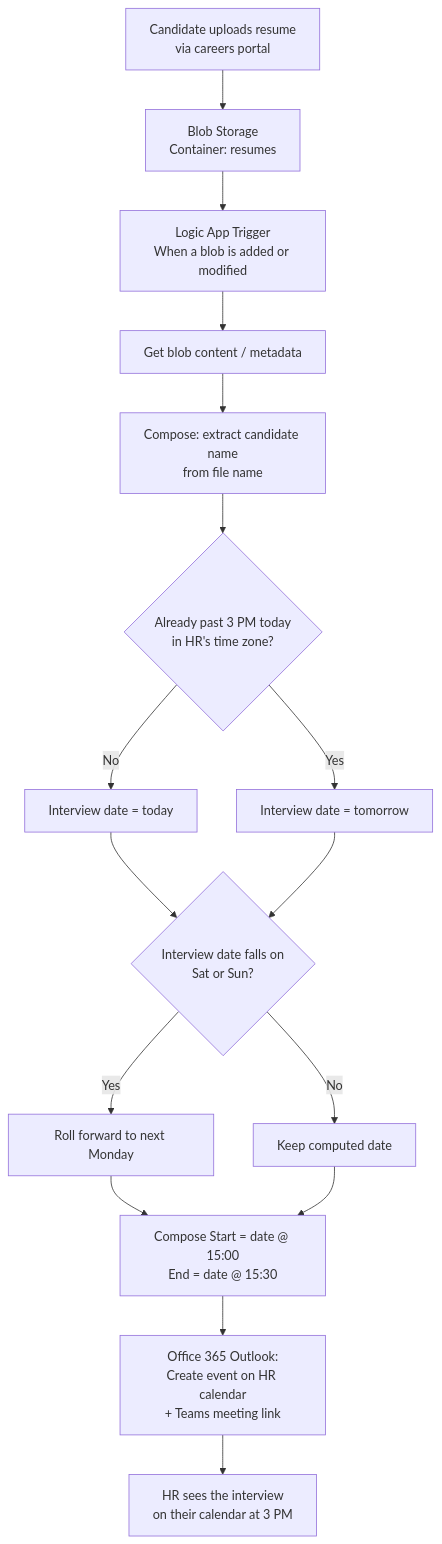
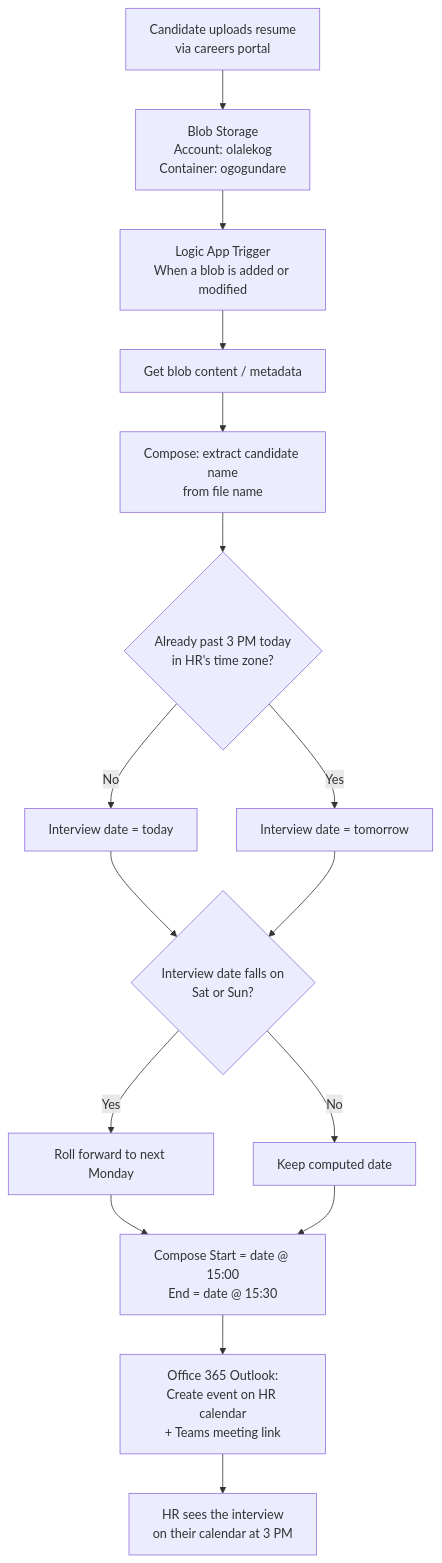
One commit to Olalekog/learning changed the first of 2 diagrams in Azure/logic-app-resume-interview-scheduler.md. Above: the diagram before and after it, drawn with Mermaid. The commit also changed other lines of this file, not shown here.

````diff
--- a/Azure/logic-app-resume-interview-scheduler.md
+++ b/Azure/logic-app-resume-interview-scheduler.md
@@ -39,28 +41,29 @@
 ```mermaid
 flowchart TD
     A[Candidate uploads resume
 via careers portal] --> B[Blob Storage
-Container: resumes]
+Account: olalekog
+Container: ogogundare]
     B --> C[Logic App Trigger
 When a blob is added or modified]
     C --> D[Get blob content / metadata]
     D --> E[Compose: extract candidate name
 from file name]
     E --> F{Already past 3 PM today
 in HR's time zone?}
     F -->|No| G[Interview date = today]
     F -->|Yes| H[Interview date = tomorrow]
     G --> I{Interview date falls on
 Sat or Sun?}
     H --> I
     I -->|Yes| J[Roll forward to next Monday]
     I -->|No| K[Keep computed date]
     J --> L[Compose Start = date @ 15:00
 End = date @ 15:30]
     K --> L
     L --> M[Office 365 Outlook:
 Create event on HR calendar
 + Teams meeting link]
     M --> N[HR sees the interview
 on their calendar at 3 PM]
 ```
````
